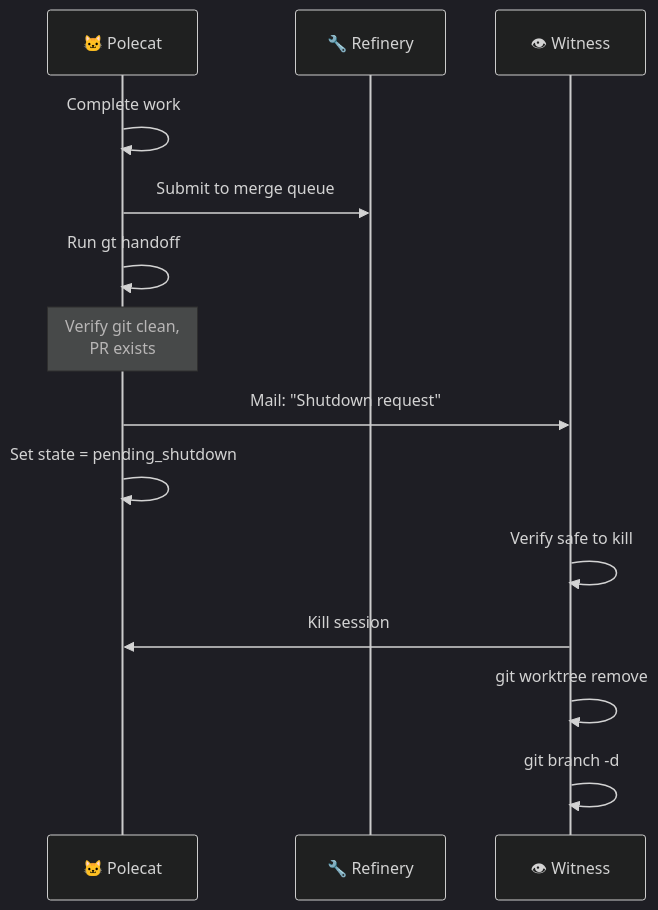
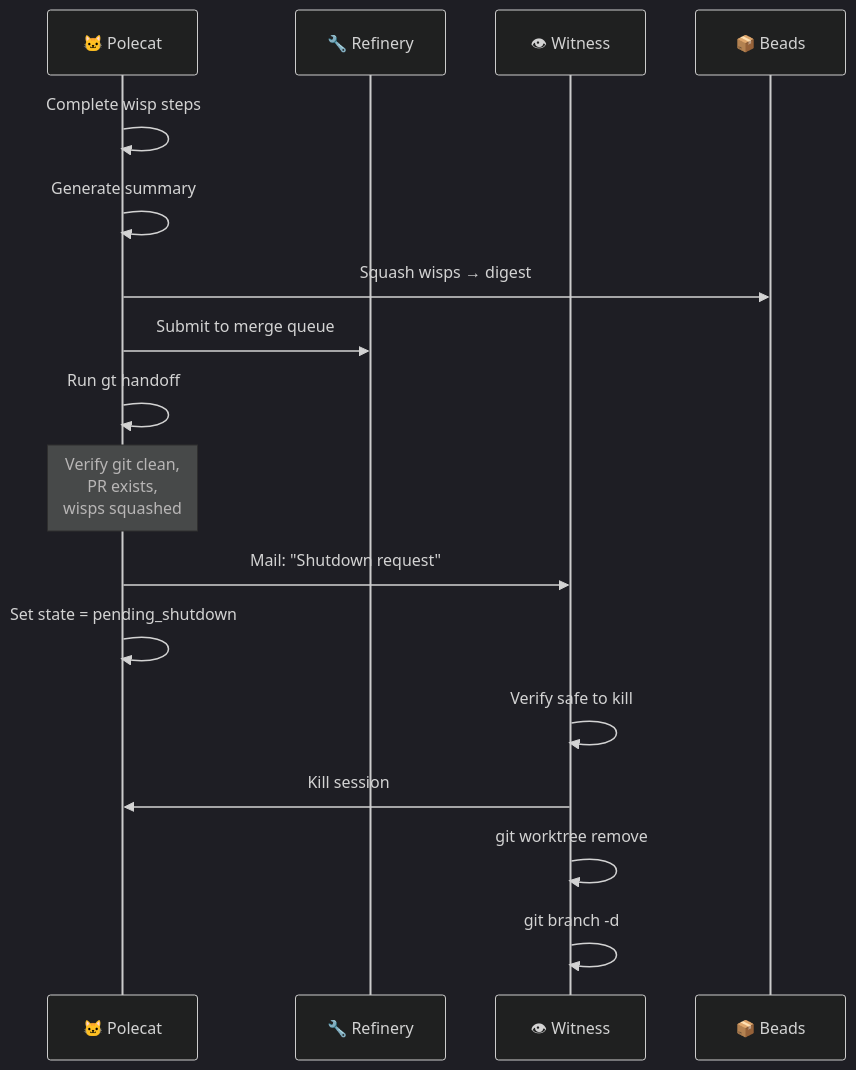
Before and after one commit to wsaults/gastown: the eighth of 11 diagrams in docs/architecture.md, drawn with Mermaid (dark theme). The commit also changed other lines of this file and 1 other file, not shown here.

First line of the commit message:
docs: add wisp molecule terminology and steam engine metaphor

````diff
--- a/docs/architecture.md
+++ b/docs/architecture.md
@@ -1226,20 +1321,23 @@
 ```mermaid
 sequenceDiagram
     participant P as 🐱 Polecat
     participant R as 🔧 Refinery
     participant W as 👁 Witness
+    participant B as 📦 Beads
 
-    P->>P: Complete work
+    P->>P: Complete wisp steps
+    P->>P: Generate summary
+    P->>B: Squash wisps → digest
     P->>R: Submit to merge queue
     P->>P: Run gt handoff
 
-    Note over P: Verify git clean,<br/>PR exists
+    Note over P: Verify git clean,<br/>PR exists,<br/>wisps squashed
 
     P->>W: Mail: "Shutdown request"
     P->>P: Set state = pending_shutdown
 
     W->>W: Verify safe to kill
     W->>P: Kill session
     W->>W: git worktree remove
     W->>W: git branch -d
 ```
````
